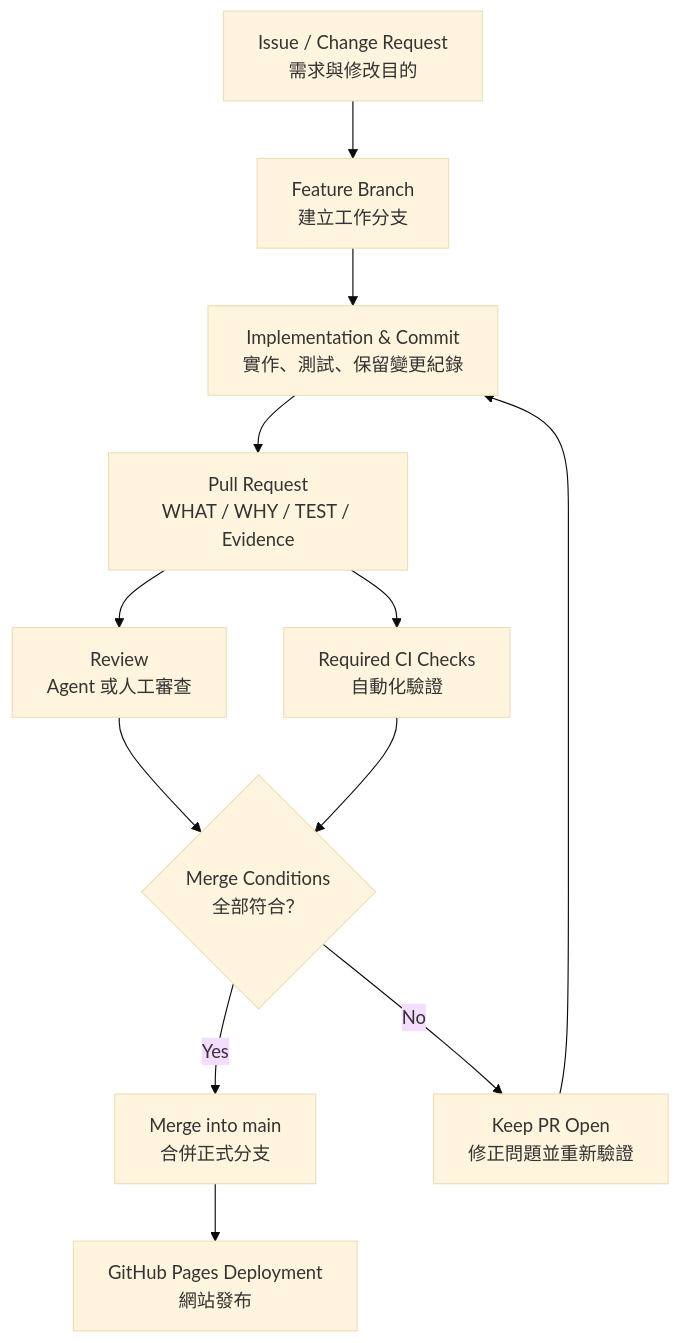
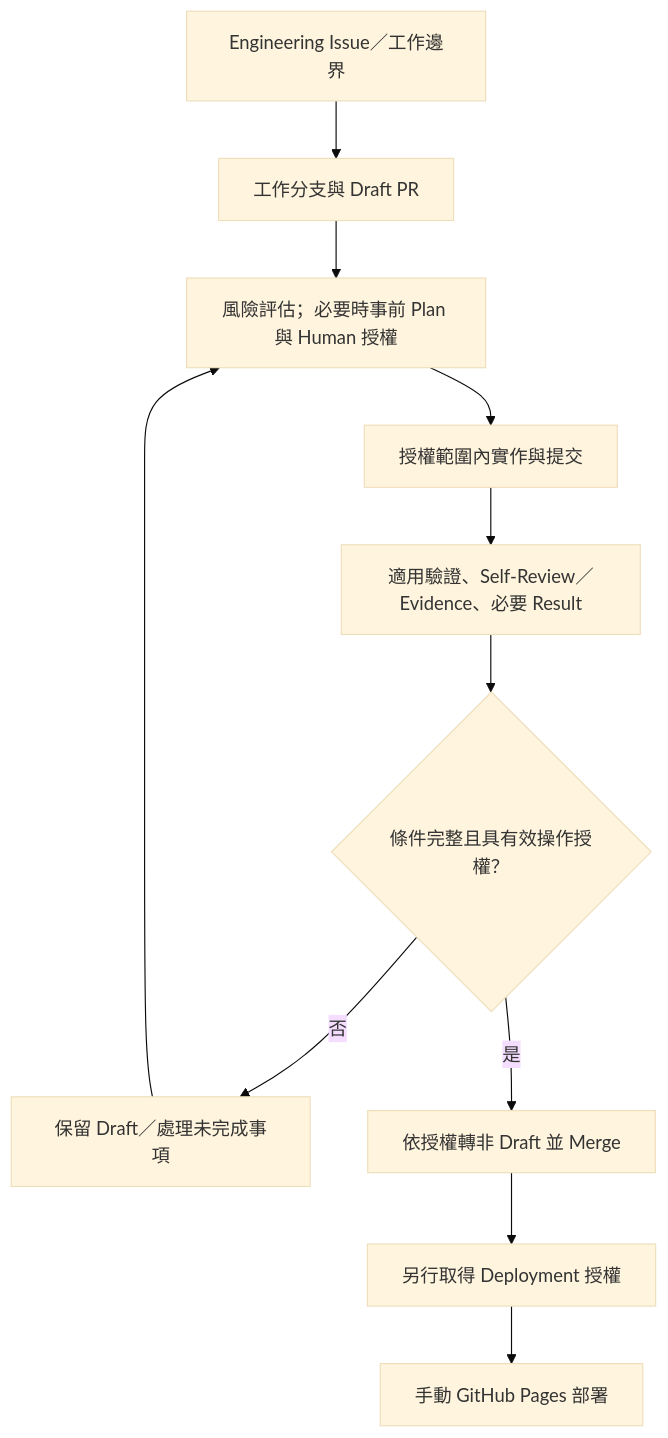
Before and after one commit to myaiwouldbemine/clh-r4-sandbox: the diagram in README.md, drawn with Mermaid (base theme). The commit also changed other lines of this file and 8 other files, not shown here.

````diff
--- a/README.md
+++ b/README.md
@@ -154,23 +160,13 @@
 ```mermaid
 flowchart TD
-    A["Issue / Change Request<br/>需求與修改目的"]
-    B["Feature Branch<br/>建立工作分支"]
-    C["Implementation & Commit<br/>實作、測試、保留變更紀錄"]
-    D["Pull Request<br/>WHAT / WHY / TEST / Evidence"]
-    E["Review<br/>Agent 或人工審查"]
-    F["Required CI Checks<br/>自動化驗證"]
-    G{"Merge Conditions<br/>全部符合？"}
-    H["Merge into main<br/>合併正式分支"]
-    I["GitHub Pages Deployment<br/>網站發布"]
-    J["Keep PR Open<br/>修正問題並重新驗證"]
-
-    A --> B --> C --> D
-    D --> E
-    D --> F
-    E --> G
-    F --> G
-    G -->|Yes| H
-    G -->|No| J
-    J --> C
-    H --> I
+    A["Engineering Issue／工作邊界"] --> B["工作分支與 Draft PR"]
+    B --> C["風險評估；必要時事前 Plan 與 Human 授權"]
+    C --> D["授權範圍內實作與提交"]
+    D --> E["適用驗證、Self-Review／Evidence、必要 Result"]
+    E --> F{"條件完整且具有效操作授權？"}
+    F -->|否| G["保留 Draft／處理未完成事項"]
+    G --> C
+    F -->|是| H["依授權轉非 Draft 並 Merge"]
+    H --> I["另行取得 Deployment 授權"]
+    I --> J["手動 GitHub Pages 部署"]
 ```
````
